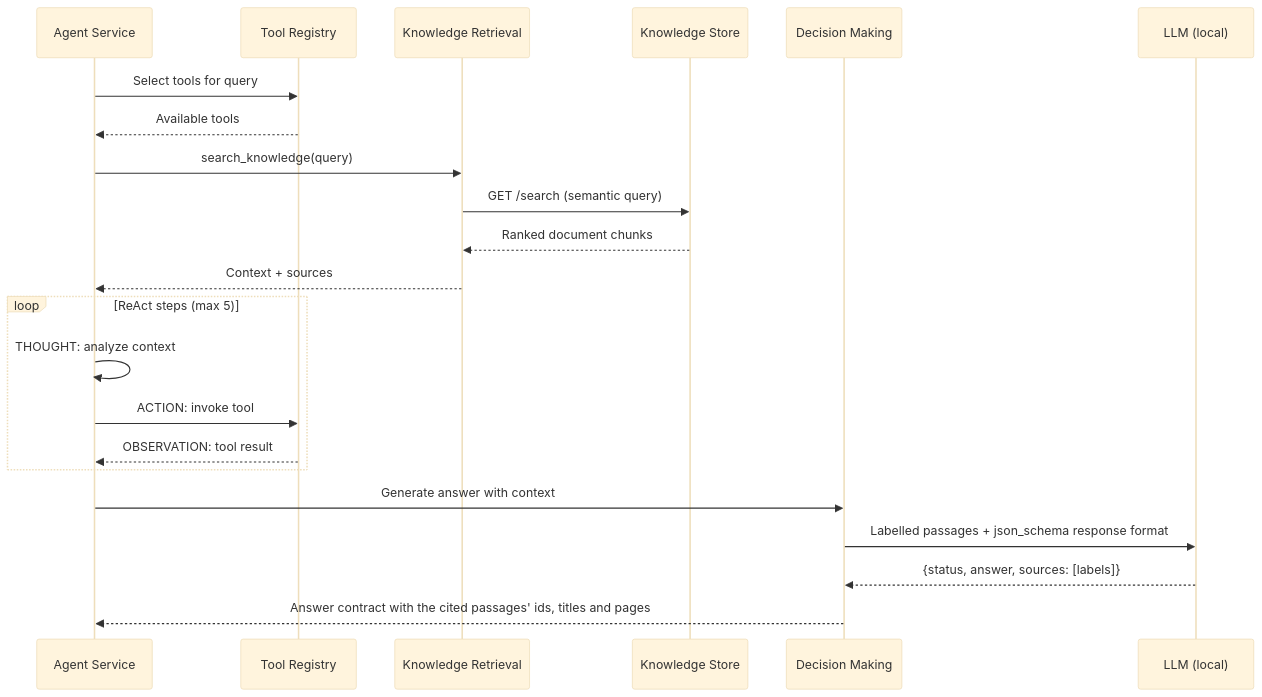
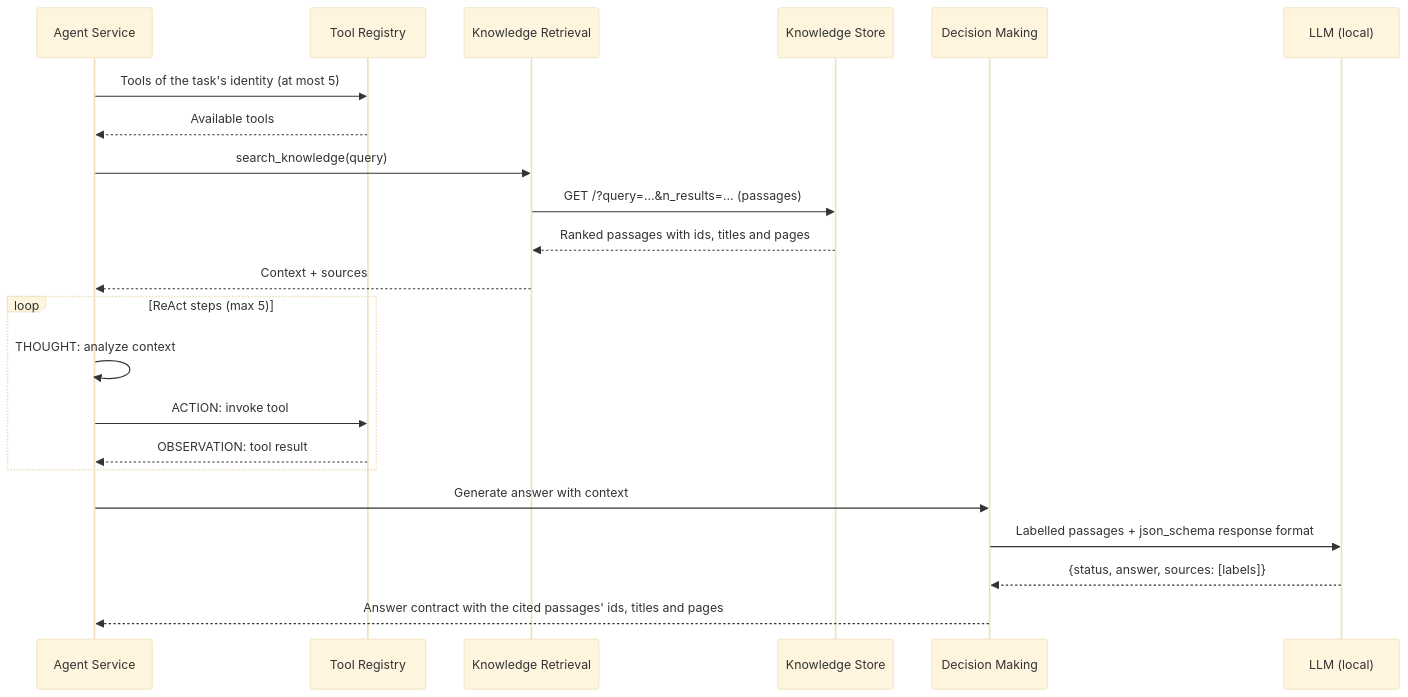
The third of 7 diagrams in docs/architecture.md (Horus-EIP/horus), drawn with Mermaid (base theme) before and after one commit. The commit also changed other lines of this file and 5 other files, not shown here.

First line of the commit message:
[#] FU3 Docs: API reference, architecture and service READMEs after B-92 to B-99

````diff
--- a/docs/architecture.md
+++ b/docs/architecture.md
@@ -265,27 +270,27 @@
 ```mermaid
 sequenceDiagram
     participant Agent as Agent Service
     participant TR as Tool Registry
     participant KR as Knowledge Retrieval
     participant KS as Knowledge Store
     participant DM as Decision Making
     participant LLM as LLM (local)
 
-    Agent->>TR: Select tools for query
+    Agent->>TR: Tools of the task's identity (at most 5)
     TR-->>Agent: Available tools
     Agent->>KR: search_knowledge(query)
-    KR->>KS: GET /search (semantic query)
-    KS-->>KR: Ranked document chunks
+    KR->>KS: GET /?query=…&n_results=… (passages)
+    KS-->>KR: Ranked passages with ids, titles and pages
     KR-->>Agent: Context + sources
 
     loop ReAct steps (max 5)
         Agent->>Agent: THOUGHT: analyze context
         Agent->>TR: ACTION: invoke tool
         TR-->>Agent: OBSERVATION: tool result
     end
 
     Agent->>DM: Generate answer with context
     DM->>LLM: Labelled passages + json_schema response format
     LLM-->>DM: {status, answer, sources: [labels]}
     DM-->>Agent: Answer contract with the cited passages' ids, titles and pages
 ```
````
